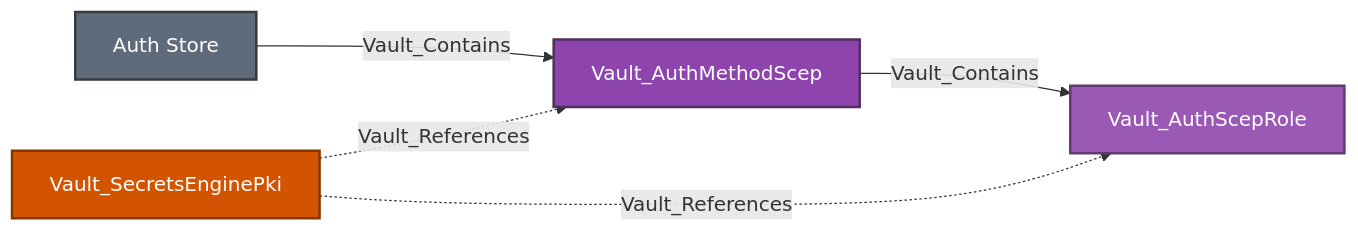
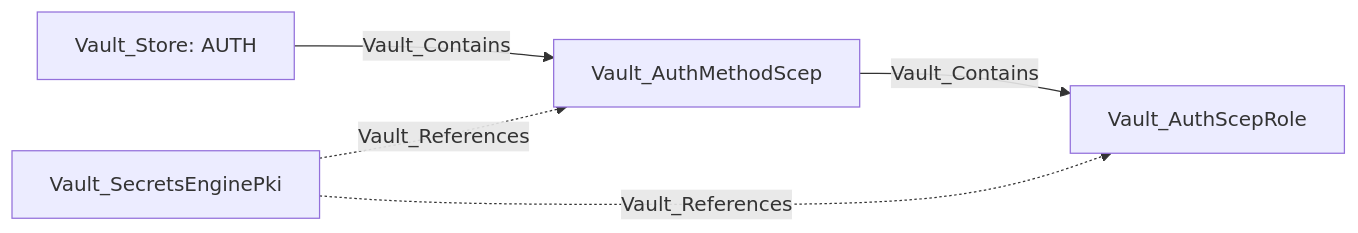
Before and after one commit to bytewreck/opengraph-vault: diagram 21 of 28 in Documentation/stores/AUTH.md, drawn with Mermaid. The commit also changed other lines of this file, not shown here.

````diff
--- a/Documentation/stores/AUTH.md
+++ b/Documentation/stores/AUTH.md
@@ -1274,12 +1257,7 @@
 ```mermaid
 flowchart LR
-    store[Auth Store]:::storeNode -->|Vault_Contains| method[Vault_AuthMethodScep]:::authMethodNode
-    method -->|Vault_Contains| role[Vault_AuthScepRole]:::authRoleNode
-    pki[Vault_SecretsEnginePki]:::mountNode -.->|Vault_References| method
+    store[Vault_Store: AUTH] -->|Vault_Contains| method[Vault_AuthMethodScep]
+    method -->|Vault_Contains| role[Vault_AuthScepRole]
+    pki[Vault_SecretsEnginePki] -.->|Vault_References| method
     pki -.->|Vault_References| role
-
-    classDef storeNode fill:#5F6B7A,color:#fff,stroke:#343A40,stroke-width:2px
-    classDef authMethodNode fill:#8E44AD,color:#fff,stroke:#512E5F,stroke-width:2px
-    classDef authRoleNode fill:#9B59B6,color:#fff,stroke:#633974,stroke-width:2px
-    classDef mountNode fill:#D35400,color:#fff,stroke:#873600,stroke-width:2px
 ```
````
